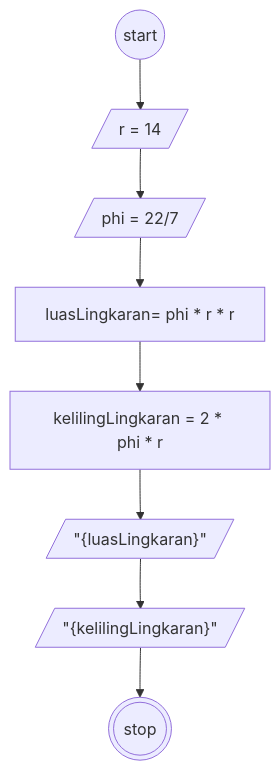
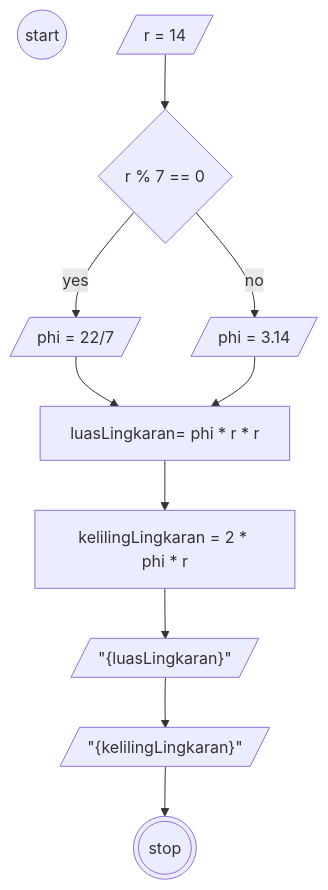
One commit to muhammadfajarr30/koda-b8-javascript1 changed the diagram in readme.md. Above: the diagram before and after it, drawn with Mermaid. The commit also changed 1 other file, not shown here.

````diff
--- a/readme.md
+++ b/readme.md
@@ -5,16 +7,24 @@
 ```mermaid
 flowchart TD
 start@{shape: circle, label:"start" }
 a@{shape: lean-r, label: "r = 14" }
-b@{shape: lean-r, label: "phi = 22/7" }
+phi1@{shape: lean-r, label: "phi = 22/7" }
 c@{shape: rect, label: "luasLingkaran= phi * r * r" }
 d@{shape: rect, label: "kelilingLingkaran = 2 * phi * r"}
 e@{shape: lean-r, label: '"{luasLingkaran}"' }
 f@{shape: lean-r, label: '"{kelilingLingkaran}"' }
 stop@{shape: dbl-circ, label: "stop" }
+kondisi@{shape: diamond, label: "r % 7 == 0" }
+phi2@{shape: lean-r, label: "phi = 3.14" }
 
-start-->a-->b-->c-->d-->e-->f-->stop
-
-
+a-->kondisi
+kondisi--yes-->phi1
+kondisi-- no -->phi2
+phi1-->c
+phi2-->c
+c-->d
+d-->e
+e-->f
+f-->stop
 
 ```
````
